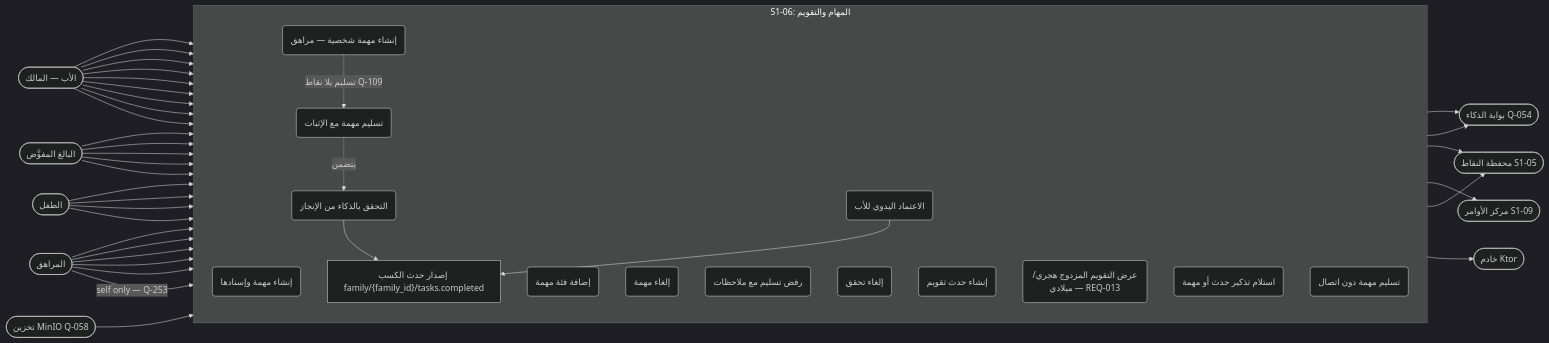
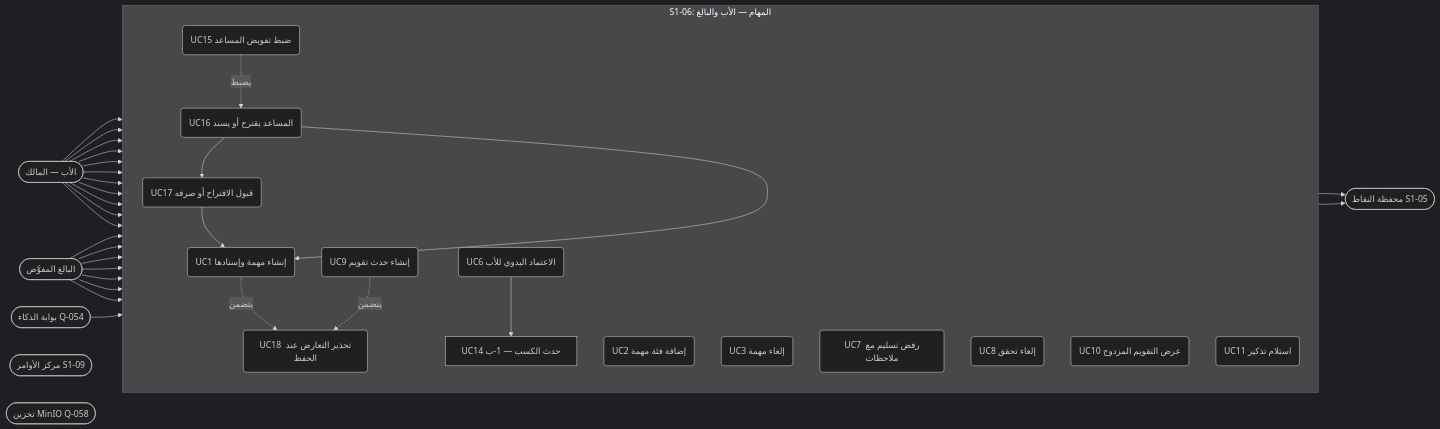
Before and after one commit to Bassam-mohammed-alqaeadi/family-os-v2: the first of 22 diagrams in docs/family-os/governance/phases/phase-1/S1-06-tasks-and-calendar/DIAGRAMS.md, drawn with Mermaid (dark theme). The commit also changed other lines of this file, not shown here.

First line of the commit message:
Q-434 S1-06: content (REQ-018, Q-415/Q-419) + shape (13→22 blocks)

````diff
--- a/docs/family-os/governance/phases/phase-1/S1-06-tasks-and-calendar/DIAGRAMS.md
+++ b/docs/family-os/governance/phases/phase-1/S1-06-tasks-and-calendar/DIAGRAMS.md
@@ -14,66 +17,56 @@
 ```mermaid
 flowchart LR
     Father([الأب — المالك])
     Adult([البالغ المفوَّض])
-    Child([الطفل])
-    Teen([المراهق])
     AI([بوابة الذكاء Q-054])
-    Server([خادم Ktor])
     S105([محفظة النقاط S1-05])
     S109([مركز الأوامر S1-09])
     MinIO([تخزين MinIO Q-058])
 
-    subgraph S106 [S1-06: المهام والتقويم]
+    subgraph S106a [S1-06: المهام — الأب والبالغ]
         direction TB
-        UC1(إنشاء مهمة وإسنادها)
-        UC2(إضافة فئة مهمة)
-        UC3(إلغاء مهمة)
-        UC4(تسليم مهمة مع الإثبات)
-        UC5(التحقق بالذكاء من الإنجاز)
-        UC6(الاعتماد اليدوي للأب)
-        UC7(رفض تسليم مع ملاحظات)
-        UC8(إلغاء تحقق)
-        UC9(إنشاء حدث تقويم)
-        UC10(عرض التقويم المزدوج هجري/ميلادي — REQ-013)
-        UC11(استلام تذكير حدث أو مهمة)
-        UC12(إنشاء مهمة شخصية — مراهق)
-        UC13(تسليم مهمة دون اتصال)
-        UC14["إصدار حدث الكسب family/{family_id}/tasks.completed"]
+        UC1(UC1 إنشاء مهمة وإسنادها)
+        UC2(UC2 إضافة فئة مهمة)
+        UC3(UC3 إلغاء مهمة)
+        UC6(UC6 الاعتماد اليدوي للأب)
+        UC7(UC7 رفض تسليم مع ملاحظات)
+        UC8(UC8 إلغاء تحقق)
+        UC9(UC9 إنشاء حدث تقويم)
+        UC10(UC10 عرض التقويم المزدوج)
+        UC11(UC11 استلام تذكير)
+        UC15(UC15 ضبط تفويض المساعد)
+        UC16(UC16 المساعد يقترح أو يسند)
+        UC17(UC17 قبول الاقتراح أو صرفه)
+        UC18(UC18 تحذير التعارض عند الحفظ)
+        UC14x["UC14 حدث الكسب — 1-ب"]
     end
 
     Father --> UC1
     Father --> UC2
     Father --> UC3
     Father --> UC6
     Father --> UC7
     Father --> UC8
     Father --> UC9
+    Father --> UC10
+    Father --> UC11
+    Father --> UC15
+    Father --> UC17
     Adult --> UC1
     Adult --> UC3
     Adult --> UC6
     Adult --> UC9
-    Child --> UC4
-    Child --> UC10
-    Child --> UC11
-    Child --> UC13
-    Teen --> UC4
-    Teen --> UC10
-    Teen --> UC11
-    Teen --> UC12
-    Teen --> UC13
-    Teen -->|self only — Q-253| UC3
-    Father --> UC10
-    Father --> UC11
     Adult --> UC10
-    UC4 -.->|يتضمن| UC5
-    UC4 --> AI
-    UC5 --> AI
-    UC5 --> UC14
-    UC6 --> UC14
-    UC14 --> S105
-    UC4 --> S109
-    MinIO --> UC5
+    Adult --> UC11
+    Adult --> UC17
+    AI --> UC16
+    UC15 -.->|يضبط| UC16
+    UC16 --> UC17
+    UC17 --> UC1
+    UC16 --> UC1
+    UC1 -.->|يتضمن| UC18
+    UC9 -.->|يتضمن| UC18
+    UC6 --> UC14x
+    UC14x --> S105
     UC8 --> S105
-    UC13 --> Server
-    UC12 -.->|تسليم بلا نقاط Q-109| UC4
 ```
````
